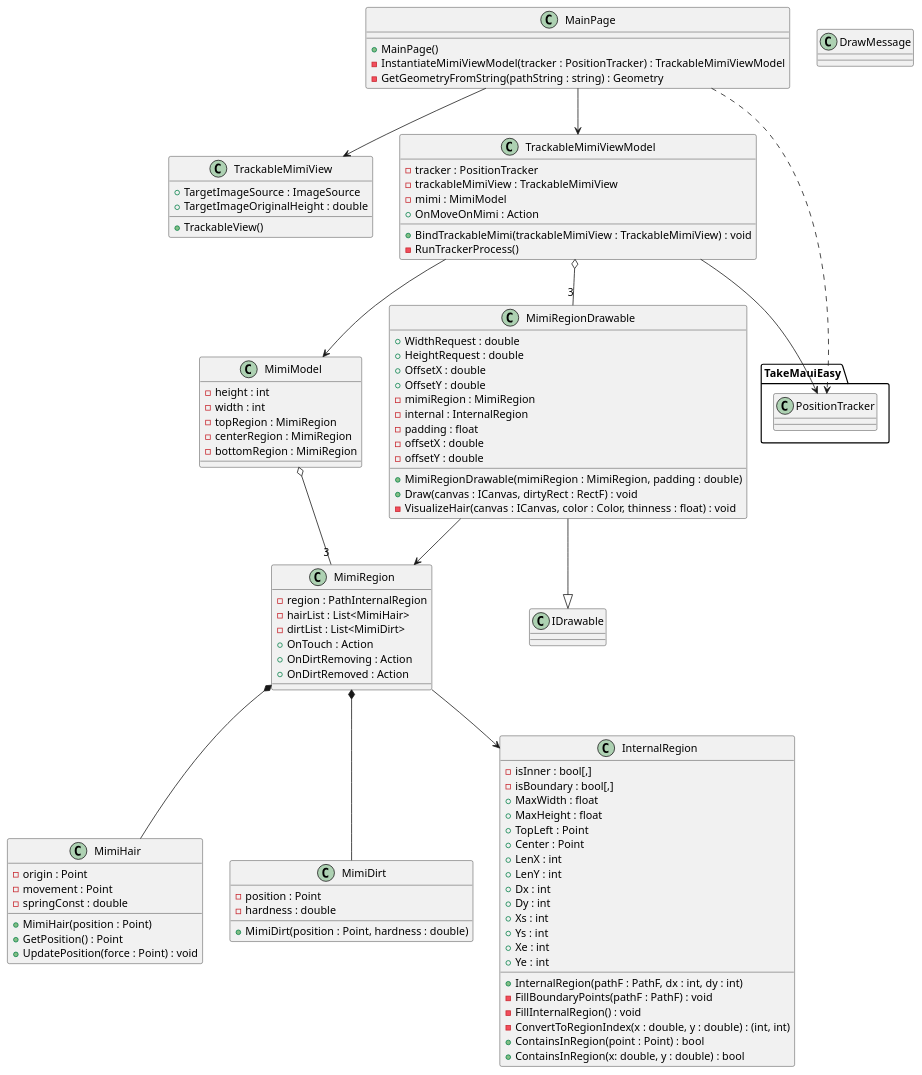
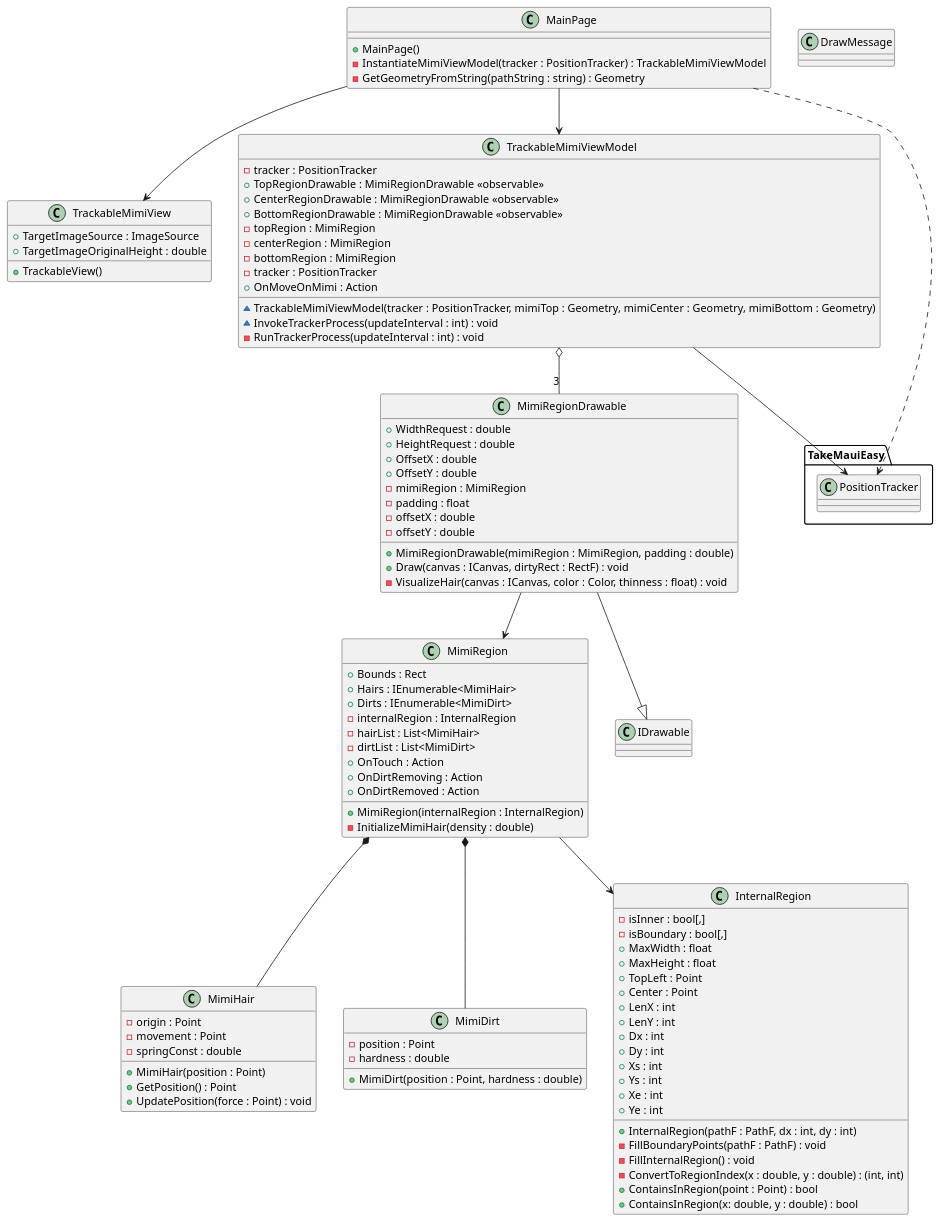
Before and after one commit to tatsuya19871219/MauiMimikakiApp: the diagram in uml/MimikakiApp.puml, drawn with PlantUML. The commit also changed 9 other files, not shown here.

```diff
--- a/uml/MimikakiApp.puml
+++ b/uml/MimikakiApp.puml
@@ -1,157 +1,172 @@
 @startuml MimikakiClassDiagram
 ' Models
-class MimiModel
-{
-    - height : int
-    - width : int
-    - topRegion : MimiRegion
-    - centerRegion : MimiRegion
-    - bottomRegion : MimiRegion
-}
+' class MimiModel
+' {
+'     - height : int
+'     - width : int
+'     - topRegion : MimiRegion
+'     - centerRegion : MimiRegion
+'     - bottomRegion : MimiRegion
+' }
 
 class MimiRegion
 {
-    - region : PathInternalRegion
+    + Bounds : Rect
+    + Hairs : IEnumerable<MimiHair>
+    + Dirts : IEnumerable<MimiDirt>
+    - internalRegion : InternalRegion
     - hairList : List<MimiHair>
     - dirtList : List<MimiDirt>
+    + MimiRegion(internalRegion : InternalRegion)
+    - InitializeMimiHair(density : double)
     + OnTouch : Action
     + OnDirtRemoving : Action
     + OnDirtRemoved : Action
 }
 
 class MimiHair
 {
     - origin : Point
     - movement : Point
     - springConst : double
     + MimiHair(position : Point)
     + GetPosition() : Point
     + UpdatePosition(force : Point) : void
 }
 
 class MimiDirt
 {
     - position : Point
     - hardness : double
     + MimiDirt(position : Point, hardness : double)
 }
 
 class InternalRegion
 {
     '- dict : Dictionary<string, bool[,]>
     '+ this[string] : bool[,]
     - isInner : bool[,]
     - isBoundary : bool[,]
     + MaxWidth : float
     + MaxHeight : float
     + TopLeft : Point
     + Center : Point
     + LenX : int
     + LenY : int
     + Dx : int
     + Dy : int
     + Xs : int
     + Ys : int
     + Xe : int
     + Ye : int
     + InternalRegion(pathF : PathF, dx : int, dy : int)
     - FillBoundaryPoints(pathF : PathF) : void
     - FillInternalRegion() : void
     - ConvertToRegionIndex(x : double, y : double) : (int, int)
     + ContainsInRegion(point : Point) : bool
     + ContainsInRegion(x: double, y : double) : bool
 }
 
 ' Views
 class TrackableMimiView
 {
     ' - targetView : ViewModels
     + TargetImageSource : ImageSource
     + TargetImageOriginalHeight : double
     ' - displayRatio : double
     + TrackableView()
     ' + SetTargetView(targetView : View, targetHeightRequest : double) : Task
     ' - InitializeTrackableView() : Task
     ' + RegistDetectableRegionView(detectableView : DetectableRegionView) : void
 }
 
 ' class MimiRegionView
 ' {
 '     - regionDots : Shape[,]
 '     + DetectableRegionView(...)
 '     + ShowFlaggedRegion(region : PathInternalRegion, flags : bool[,], color : Color) : void
 ' }
 
 ' ViewModels
 class TrackableMimiViewModel
 {
     - tracker : PositionTracker
-    - trackableMimiView : TrackableMimiView
-    - mimi : MimiModel
+    '- trackableMimiView : TrackableMimiView
+    '- mimi : MimiModel
+    + TopRegionDrawable : MimiRegionDrawable <<observable>>
+    + CenterRegionDrawable : MimiRegionDrawable <<observable>>
+    + BottomRegionDrawable : MimiRegionDrawable <<observable>>
+    - topRegion : MimiRegion
+    - centerRegion : MimiRegion
+    - bottomRegion : MimiRegion
+    - tracker : PositionTracker
     + OnMoveOnMimi : Action
-    + BindTrackableMimi(trackableMimiView : TrackableMimiView) : void
-    - RunTrackerProcess()
+    '+ BindTrackableMimi(trackableMimiView : TrackableMimiView) : void
+    '- RunTrackerProcess()
+    ~ TrackableMimiViewModel(tracker : PositionTracker, mimiTop : Geometry, mimiCenter : Geometry, mimiBottom : Geometry)
+    ~ InvokeTrackerProcess(updateInterval : int) : void
+    - RunTrackerProcess(updateInterval : int) : void
 }
 
 ' class MimiRegionViewModel
 ' {
 '     - regionView : MimiRegionView
 '     - region : MimiRegion
 '     + MimiRegionViewModel(geometry : Geometry)
 ' }
 
 ' Drawable
 class MimiRegionDrawable
 {
     + WidthRequest : double
     + HeightRequest : double
     + OffsetX : double
     + OffsetY : double
     - mimiRegion : MimiRegion
-    - internal : InternalRegion
+    '- internal : InternalRegion
     - padding : float
     - offsetX : double
     - offsetY : double
     + MimiRegionDrawable(mimiRegion : MimiRegion, padding : double)
     + Draw(canvas : ICanvas, dirtyRect : RectF) : void
     - VisualizeHair(canvas : ICanvas, color : Color, thinness : float) : void
 }
 
 ' Message
 class DrawMessage
 {
-    
+
 }
 
 ' Page
 class MainPage
 {
     + MainPage()
     - InstantiateMimiViewModel(tracker : PositionTracker) : TrackableMimiViewModel
     - GetGeometryFromString(pathString : string) : Geometry
 }
 
 ' Library
 package TakeMauiEasy
 {
     class PositionTracker
 }
 
 ' 
-MimiModel o-- "3" MimiRegion
+'MimiModel o-- "3" MimiRegion
 MimiRegion --> InternalRegion
 MimiRegion *-- MimiHair
 MimiRegion *-- MimiDirt
 '
 TrackableMimiViewModel --> PositionTracker
-TrackableMimiViewModel --> MimiModel
+'TrackableMimiViewModel --> MimiModel
 TrackableMimiViewModel o-- "3" MimiRegionDrawable
 
 MainPage --> TrackableMimiViewModel
 MainPage ..> PositionTracker
 MainPage --> TrackableMimiView
 
 MimiRegionDrawable --|> IDrawable
 MimiRegionDrawable --> MimiRegion
 
 @enduml
```
